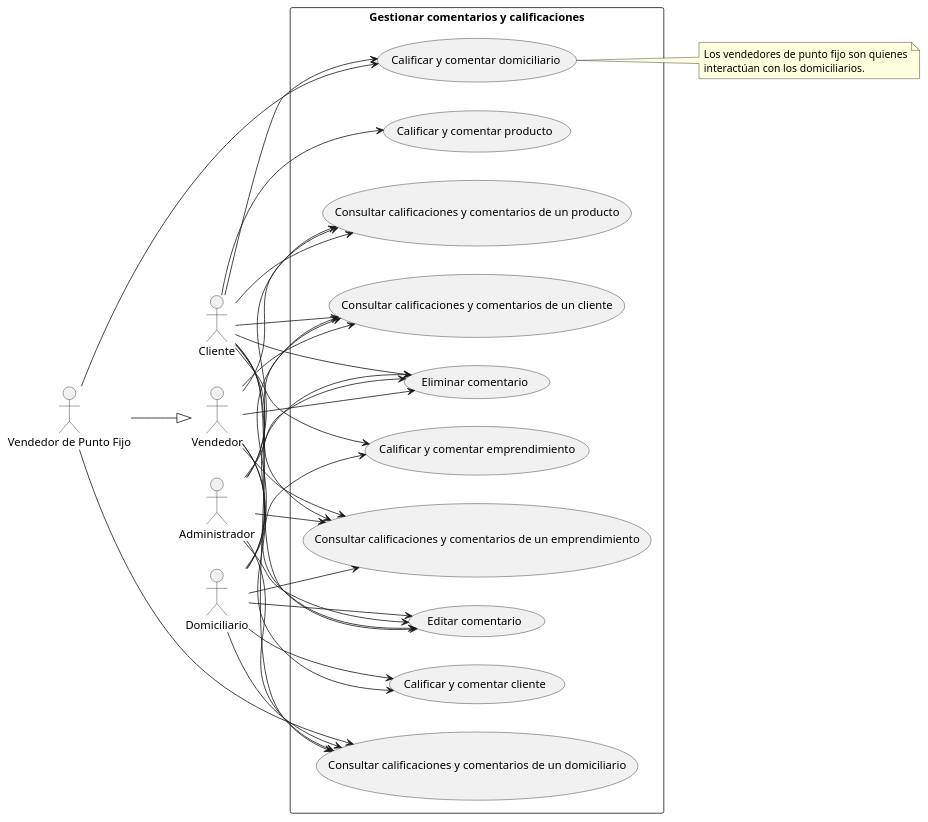
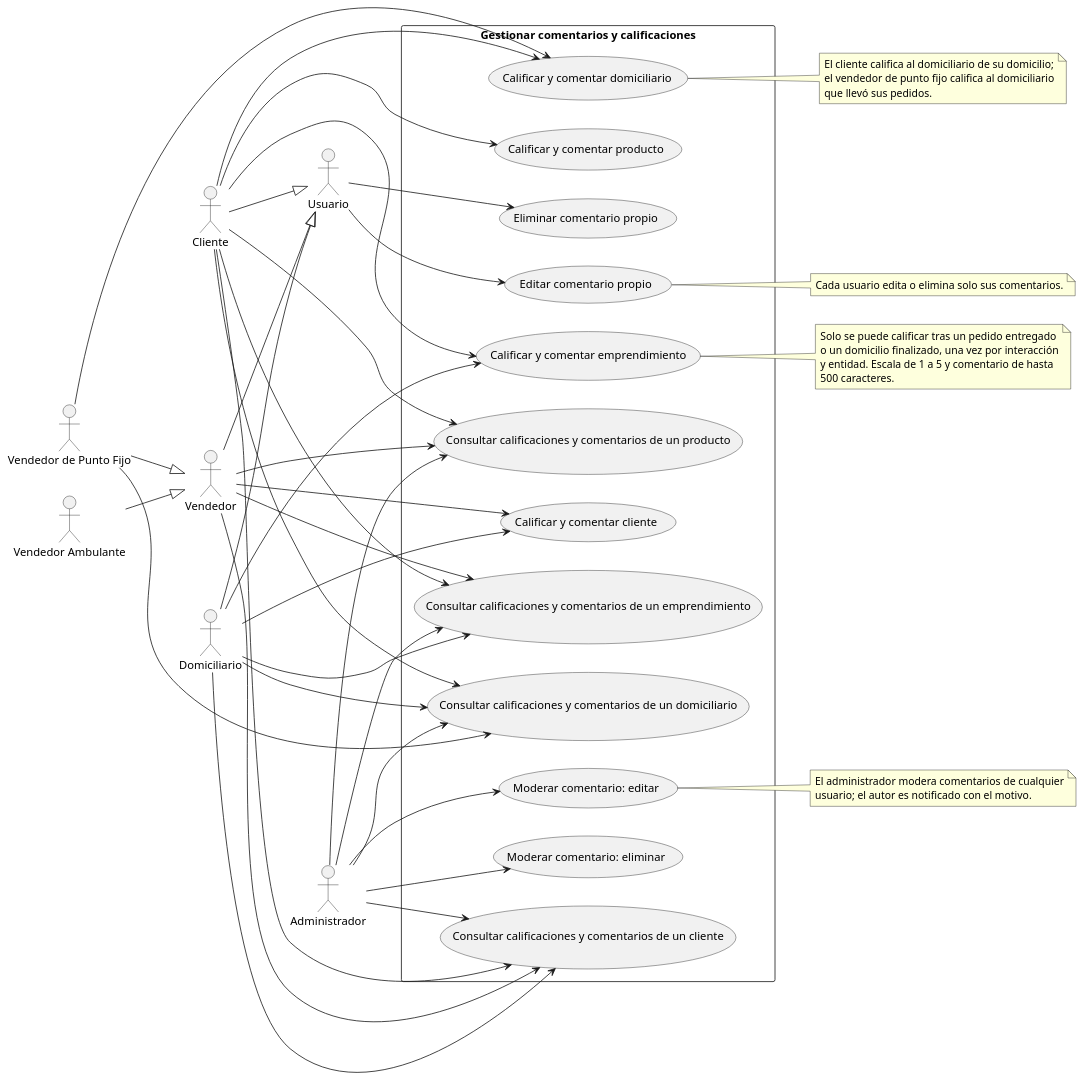
Before and after one commit to RAAR-18/napa: the diagram in casos de uso/gestionar_comentarios_calificaciones.puml, drawn with PlantUML. The commit also changed 123 other files, not shown here.

```diff
--- a/casos de uso/gestionar_comentarios_calificaciones.puml
+++ b/casos de uso/gestionar_comentarios_calificaciones.puml
@@ -1,66 +1,93 @@
 @startuml
 
 left to right direction
 
+actor "Usuario" as u
 actor "Cliente" as c
 actor "Vendedor" as v
+actor "Vendedor Ambulante" as va
 actor "Vendedor de Punto Fijo" as vpf
 actor "Domiciliario" as d
 actor "Administrador" as adm
 
+c --|> u
+v --|> u
+d --|> u
+va --|> v
 vpf --|> v
 
 rectangle "Gestionar comentarios y calificaciones" {
     usecase "Calificar y comentar emprendimiento" as UC1
     usecase "Calificar y comentar producto" as UC2
     usecase "Calificar y comentar domiciliario" as UC3
     usecase "Calificar y comentar cliente" as UC4
+
     usecase "Consultar calificaciones y comentarios de un emprendimiento" as UC5
     usecase "Consultar calificaciones y comentarios de un producto" as UC6
     usecase "Consultar calificaciones y comentarios de un domiciliario" as UC7
     usecase "Consultar calificaciones y comentarios de un cliente" as UC8
-    usecase "Eliminar comentario" as UC9
-    usecase "Editar comentario" as UC10
+
+    usecase "Editar comentario propio" as UC9
+    usecase "Eliminar comentario propio" as UC10
+
+    usecase "Moderar comentario: editar" as UC11
+    usecase "Moderar comentario: eliminar" as UC12
 }
 
+' Calificar: solo tras una interacción finalizada
 c --> UC1
 c --> UC2
 c --> UC3
+v --> UC4
+vpf --> UC3
+d --> UC1
+d --> UC4
+
+' Consultar
 c --> UC5
 c --> UC6
 c --> UC7
 c --> UC8
-c --> UC9
-c --> UC10
-
-v --> UC4
 v --> UC5
 v --> UC6
 v --> UC8
-v --> UC9
-v --> UC10
-
-vpf --> UC3
 vpf --> UC7
-
-d --> UC1
-d --> UC4
 d --> UC5
 d --> UC7
 d --> UC8
-d --> UC9
-d --> UC10
-
 adm --> UC5
 adm --> UC6
 adm --> UC7
 adm --> UC8
-adm --> UC9
-adm --> UC10
+
+' Gestión de los comentarios propios (cualquier usuario)
+u --> UC9
+u --> UC10
+
+' Moderación (administrador)
+adm --> UC11
+adm --> UC12
+
+note right of UC1
+  Solo se puede calificar tras un pedido entregado
+  o un domicilio finalizado, una vez por interacción
+  y entidad. Escala de 1 a 5 y comentario de hasta
+  500 caracteres.
+end note
 
 note right of UC3
-  Los vendedores de punto fijo son quienes
-  interactúan con los domiciliarios.
+  El cliente califica al domiciliario de su domicilio;
+  el vendedor de punto fijo califica al domiciliario
+  que llevó sus pedidos.
+end note
+
+note right of UC9
+  Cada usuario edita o elimina solo sus comentarios.
+end note
+
+note right of UC11
+  El administrador modera comentarios de cualquier
+  usuario; el autor es notificado con el motivo.
 end note
 
 @enduml
```
